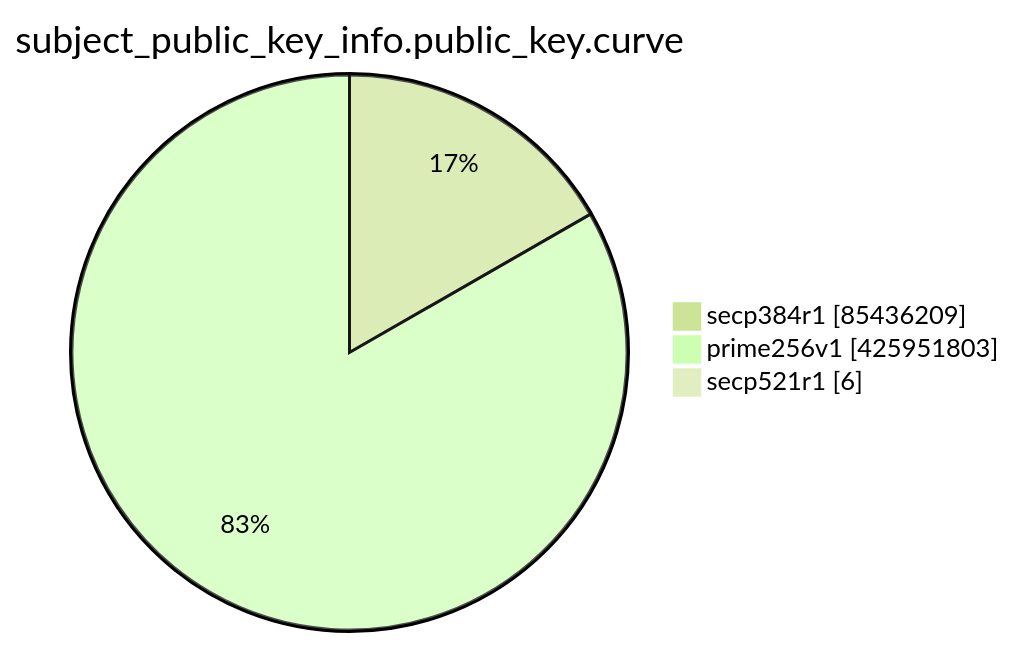
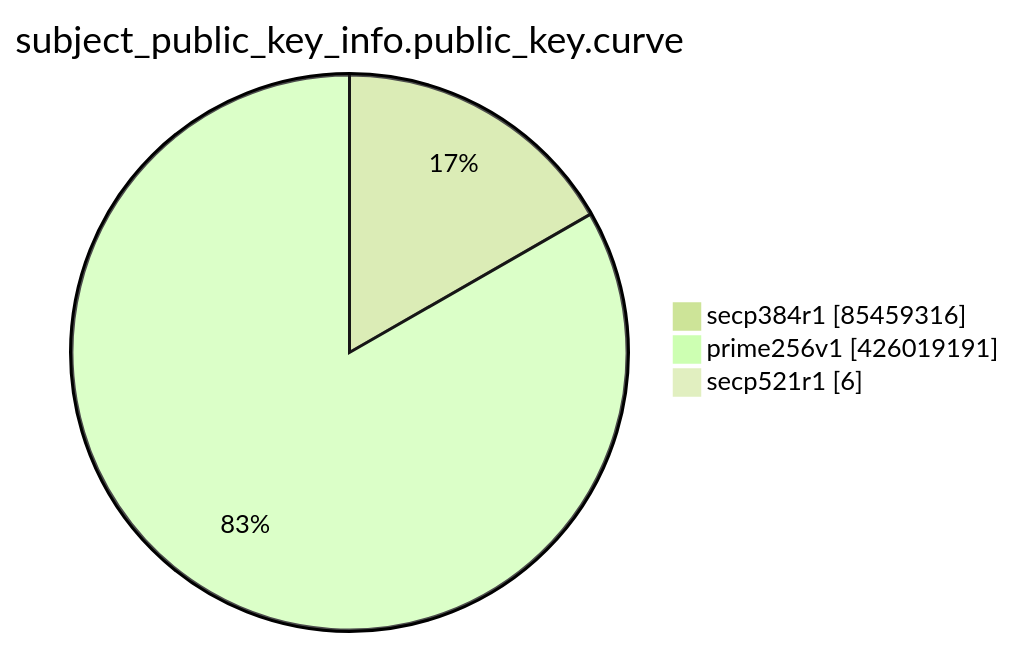
The eighth of 15 diagrams in TOTAL/README.md (christiankrug/ctmonitor_visualization), drawn with Mermaid (forest theme) before and after one commit. The commit also changed other lines of this file, not shown here.

````diff
--- a/TOTAL/README.md
+++ b/TOTAL/README.md
@@ -3100,7 +3100,7 @@
 ```mermaid
 pie showData
 title subject_public_key_info.public_key.curve
-"secp384r1" :85436209
-"prime256v1" :425951803
+"secp384r1" :85459316
+"prime256v1" :426019191
 "secp521r1" :6
 ```
````
